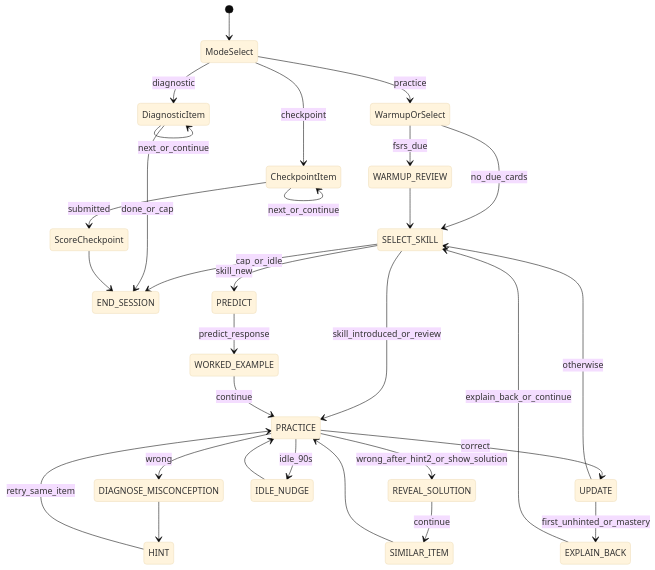
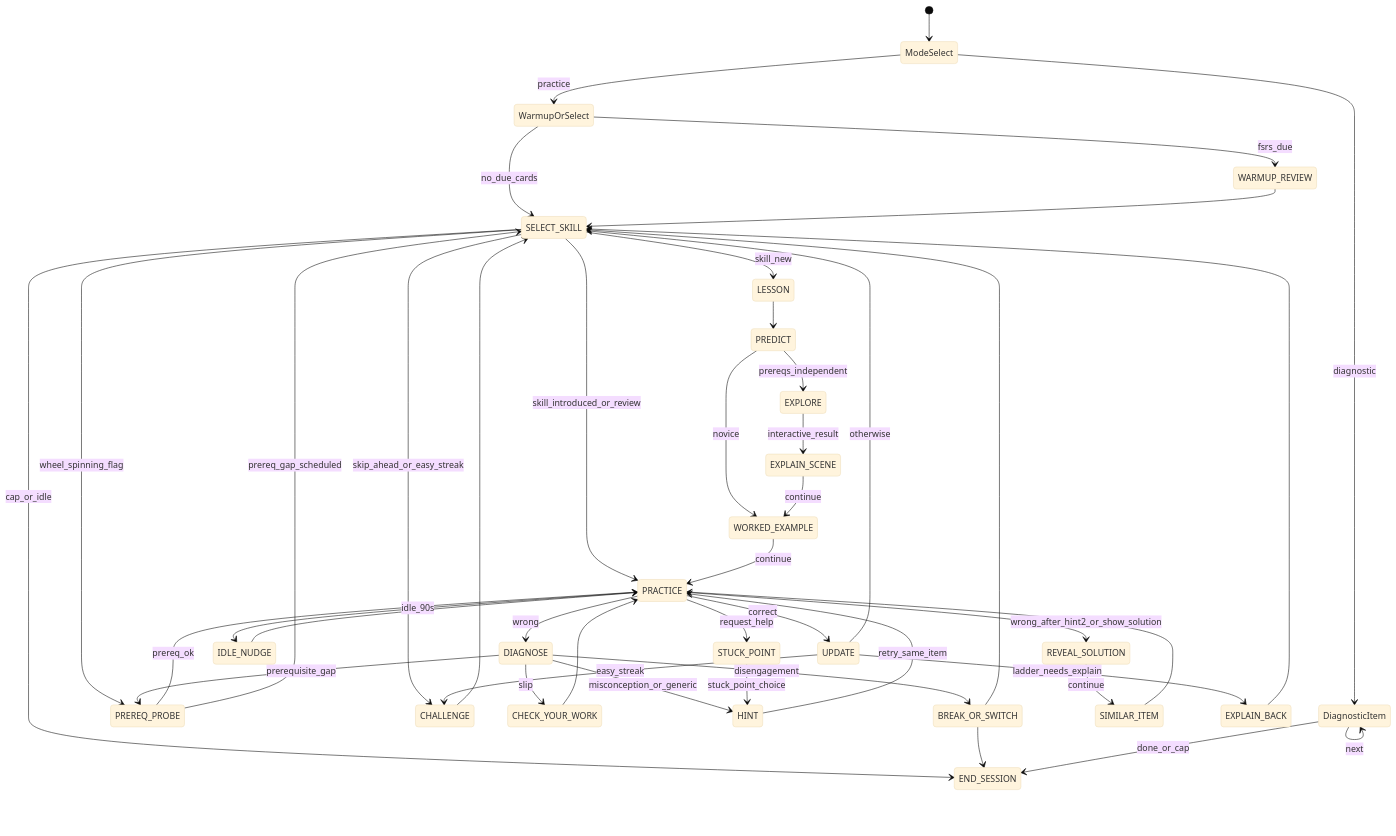
Before and after one commit to CrusoO/YourTutor: the second of 2 diagrams in ARCHITECTURE.md, drawn with Mermaid (base theme). The commit also changed other lines of this file, not shown here.

Commit message:
ARCHITECTURE v2: record G0 as-built details (config layout, i18n, time zone, quiet hours, migrations)

````diff
--- a/ARCHITECTURE.md
+++ b/ARCHITECTURE.md
@@ -127,39 +226,55 @@
 ```mermaid
 stateDiagram-v2
   [*] --> ModeSelect
   ModeSelect --> DiagnosticItem: diagnostic
-  ModeSelect --> CheckpointItem: checkpoint
   ModeSelect --> WarmupOrSelect: practice
 
   WarmupOrSelect --> WARMUP_REVIEW: fsrs_due
   WarmupOrSelect --> SELECT_SKILL: no_due_cards
   WARMUP_REVIEW --> SELECT_SKILL
 
   SELECT_SKILL --> END_SESSION: cap_or_idle
-  SELECT_SKILL --> PREDICT: skill_new
+  SELECT_SKILL --> LESSON: skill_new
+  SELECT_SKILL --> PREREQ_PROBE: wheel_spinning_flag
   SELECT_SKILL --> PRACTICE: skill_introduced_or_review
+  SELECT_SKILL --> CHALLENGE: skip_ahead_or_easy_streak
 
-  PREDICT --> WORKED_EXAMPLE: predict_response
+  LESSON --> PREDICT
+  PREDICT --> EXPLORE: prereqs_independent
+  PREDICT --> WORKED_EXAMPLE: novice
+  EXPLORE --> EXPLAIN_SCENE: interactive_result
+  EXPLAIN_SCENE --> WORKED_EXAMPLE: continue
   WORKED_EXAMPLE --> PRACTICE: continue
 
   PRACTICE --> UPDATE: correct
-  PRACTICE --> DIAGNOSE_MISCONCEPTION: wrong
+  PRACTICE --> DIAGNOSE: wrong
+  PRACTICE --> STUCK_POINT: request_help
   PRACTICE --> IDLE_NUDGE: idle_90s
   IDLE_NUDGE --> PRACTICE
 
-  UPDATE --> EXPLAIN_BACK: first_unhinted_or_mastery
-  UPDATE --> SELECT_SKILL: otherwise
-  EXPLAIN_BACK --> SELECT_SKILL: explain_back_or_continue
-
-  DIAGNOSE_MISCONCEPTION --> HINT
+  DIAGNOSE --> CHECK_YOUR_WORK: slip
+  DIAGNOSE --> HINT: misconception_or_generic
+  DIAGNOSE --> PREREQ_PROBE: prerequisite_gap
+  DIAGNOSE --> BREAK_OR_SWITCH: disengagement
+  CHECK_YOUR_WORK --> PRACTICE
+  STUCK_POINT --> HINT: stuck_point_choice
   HINT --> PRACTICE: retry_same_item
   PRACTICE --> REVEAL_SOLUTION: wrong_after_hint2_or_show_solution
   REVEAL_SOLUTION --> SIMILAR_ITEM: continue
   SIMILAR_ITEM --> PRACTICE
 
-  DiagnosticItem --> DiagnosticItem: next_or_continue
+  PREREQ_PROBE --> PRACTICE: prereq_ok
+  PREREQ_PROBE --> SELECT_SKILL: prereq_gap_scheduled
+
+  UPDATE --> EXPLAIN_BACK: ladder_needs_explain
+  UPDATE --> CHALLENGE: easy_streak
+  UPDATE --> SELECT_SKILL: otherwise
+  EXPLAIN_BACK --> SELECT_SKILL
+  CHALLENGE --> SELECT_SKILL
+  BREAK_OR_SWITCH --> SELECT_SKILL
+  BREAK_OR_SWITCH --> END_SESSION
+
+  DiagnosticItem --> DiagnosticItem: next
   DiagnosticItem --> END_SESSION: done_or_cap
-  CheckpointItem --> CheckpointItem: next_or_continue
-  CheckpointItem --> ScoreCheckpoint: submitted
-  ScoreCheckpoint --> END_SESSION
+
 ```
````
